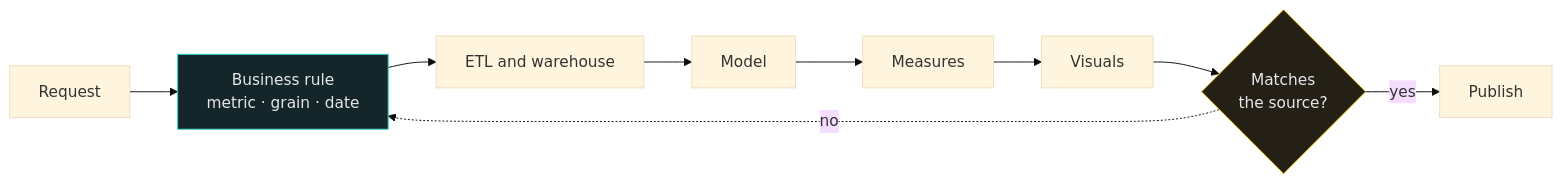
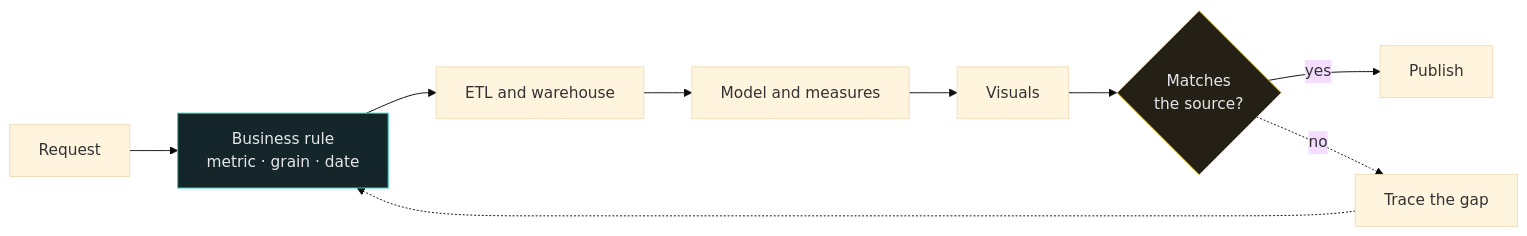
The second of 2 diagrams in README.md (DaviFRibeiro/DaviFRibeiro), drawn with Mermaid (base theme) before and after one commit.

Commit message:
Keep the last step of the delivery diagram visible
GitHub's zoom controls covered the Publish node, so the flow now ends in two steps on separate rows.

````diff
--- a/README.md
+++ b/README.md
@@ -165,13 +165,13 @@
 ```mermaid
 flowchart LR
     A[Request] --> B[Business rule<br/>metric · grain · date]
     B --> C[ETL and warehouse]
-    C --> D[Model]
-    D --> E[Measures]
-    E --> F[Visuals]
-    F --> G{Matches<br/>the source?}
-    G -- yes --> H[Publish]
-    G -. no .-> B
+    C --> D[Model and measures]
+    D --> E[Visuals]
+    E --> F{Matches<br/>the source?}
+    F -- yes --> G[Publish]
+    F -. no .-> H[Trace the gap]
+    H -.-> B
     style B fill:#14262A,stroke:#2DD4BF,color:#E5E7EB
-    style G fill:#242015,stroke:#F2C811,color:#E5E7EB
+    style F fill:#242015,stroke:#F2C811,color:#E5E7EB
 ```
````
